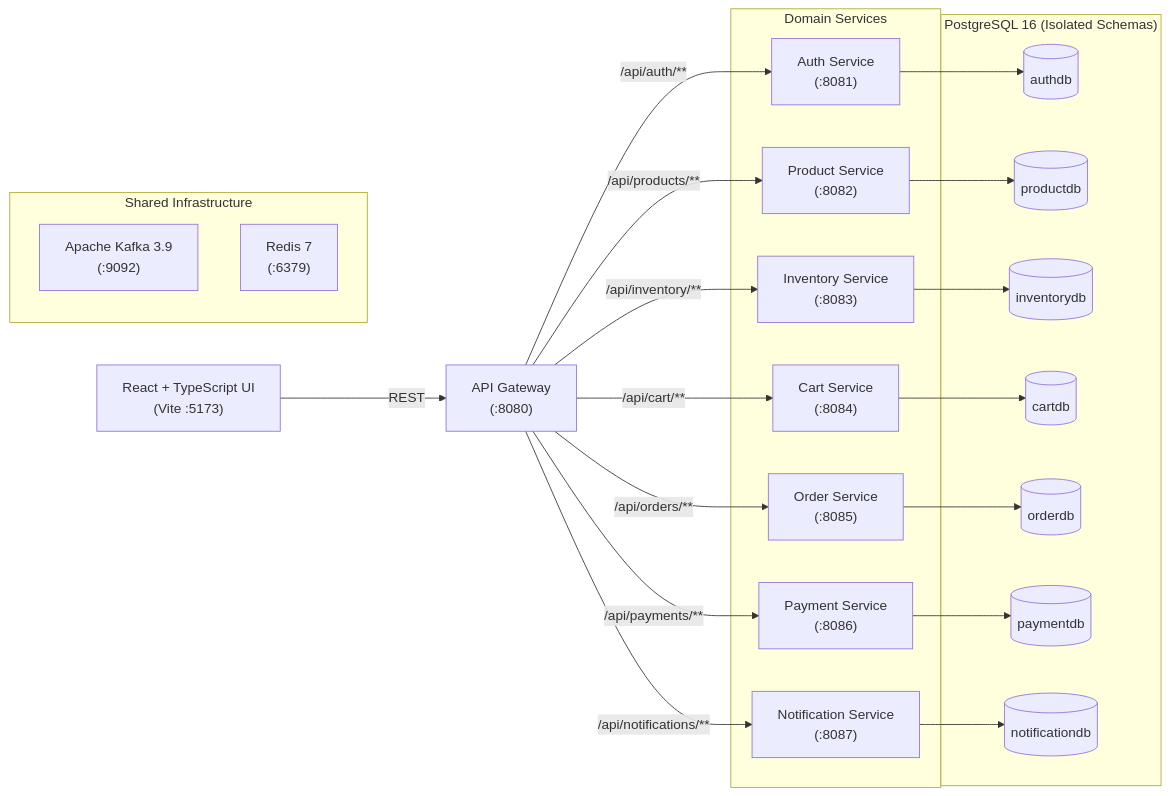
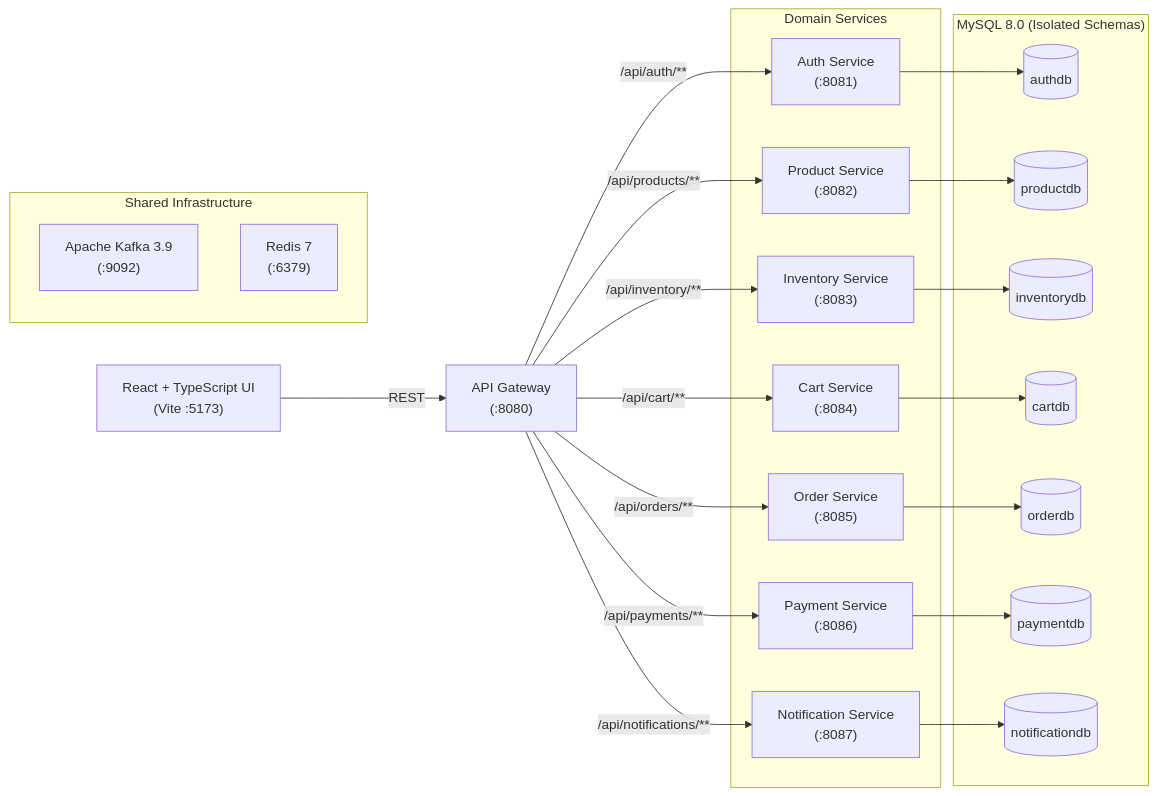
One commit to rajvardhangidage/Cart-Mesh changed the diagram in README.md. Above: the diagram before and after it, drawn with Mermaid. The commit also changed other lines of this file and 84 other files, not shown here.

````diff
--- a/README.md
+++ b/README.md
@@ -15,48 +15,48 @@
 ```mermaid
 flowchart LR
     Client["React + TypeScript UI<br/>(Vite :5173)"]
     Gateway["API Gateway<br/>(:8080)"]
 
     subgraph Services["Domain Services"]
         Auth["Auth Service<br/>(:8081)"]
         Product["Product Service<br/>(:8082)"]
         Inventory["Inventory Service<br/>(:8083)"]
         Cart["Cart Service<br/>(:8084)"]
         Order["Order Service<br/>(:8085)"]
         Payment["Payment Service<br/>(:8086)"]
         Notification["Notification Service<br/>(:8087)"]
     end
 
-    subgraph Storage["PostgreSQL 16 (Isolated Schemas)"]
+    subgraph Storage["MySQL 8.0 (Isolated Schemas)"]
         DB1[(authdb)]
         DB2[(productdb)]
         DB3[(inventorydb)]
         DB4[(cartdb)]
         DB5[(orderdb)]
         DB6[(paymentdb)]
         DB7[(notificationdb)]
     end
 
     subgraph Infra["Shared Infrastructure"]
         Kafka["Apache Kafka 3.9<br/>(:9092)"]
         Redis["Redis 7<br/>(:6379)"]
     end
 
     Client -->|REST| Gateway
 
     Gateway -->|/api/auth/**| Auth
     Gateway -->|/api/products/**| Product
     Gateway -->|/api/inventory/**| Inventory
     Gateway -->|/api/cart/**| Cart
     Gateway -->|/api/orders/**| Order
     Gateway -->|/api/payments/**| Payment
     Gateway -->|/api/notifications/**| Notification
 
     Auth --> DB1
     Product --> DB2
     Inventory --> DB3
     Cart --> DB4
     Order --> DB5
     Payment --> DB6
     Notification --> DB7
 ```
````
